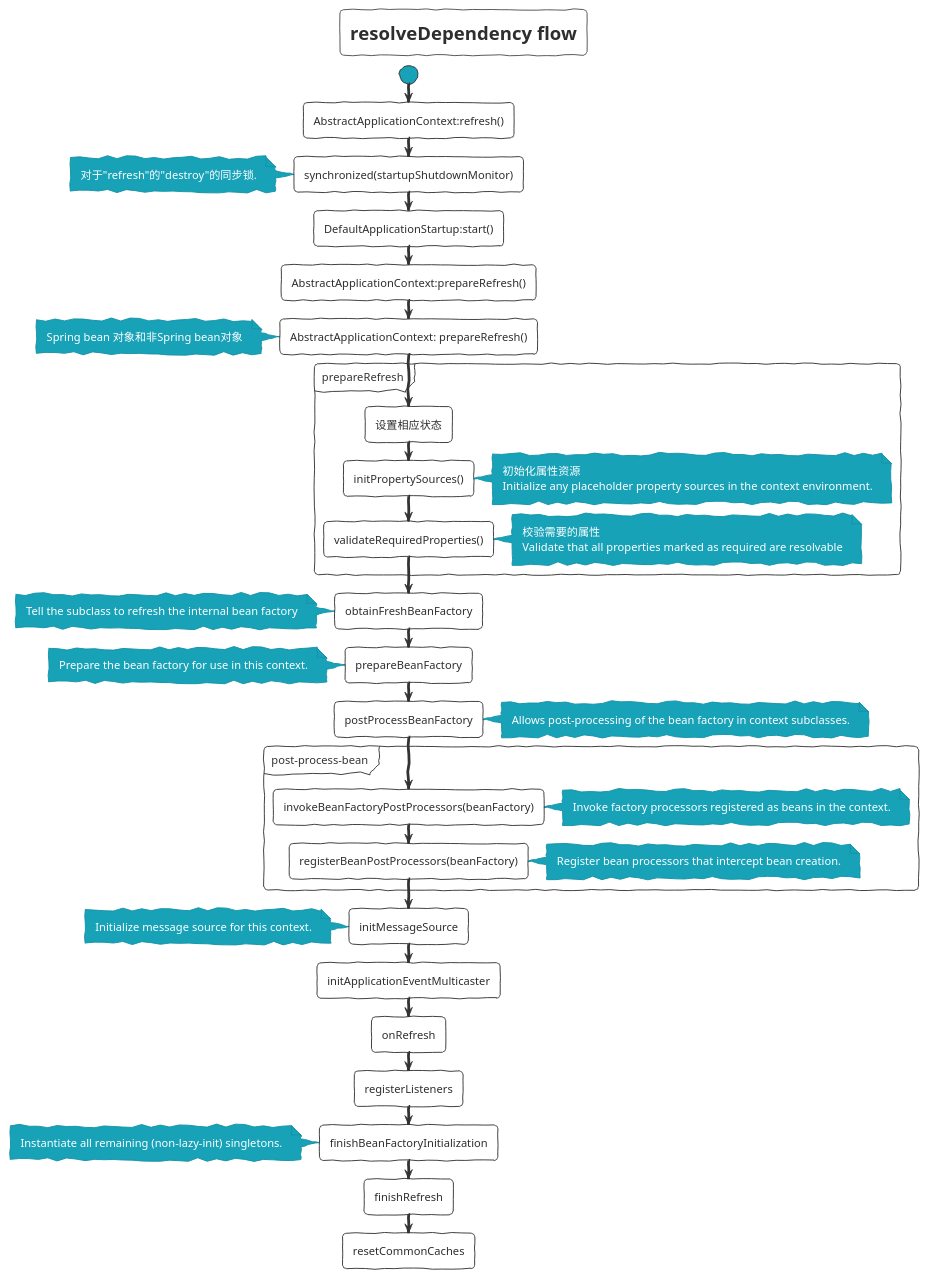
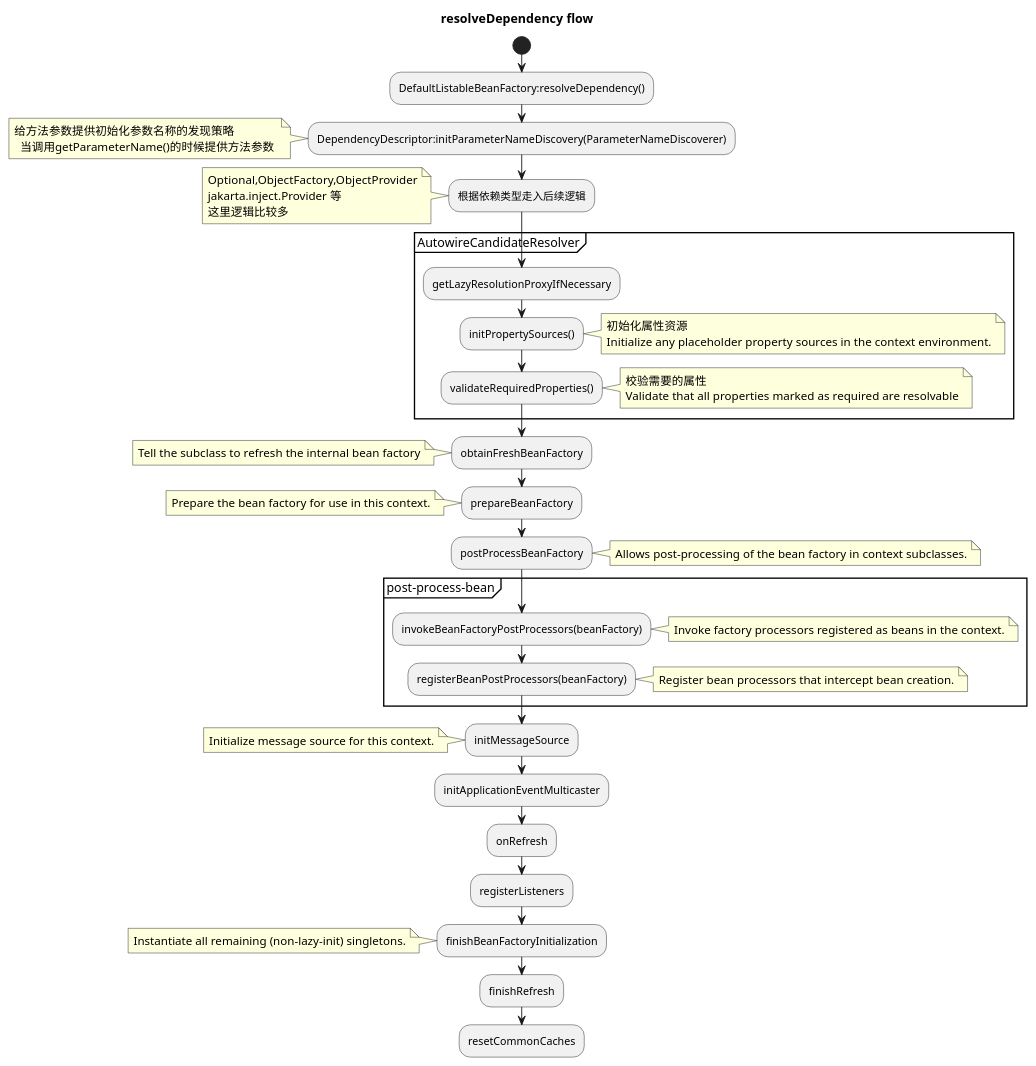
One commit to FantasybabyChange/thinking-in-spring changed the diagram in learn-ioc/doc/pics/resolveDependencyFlow.puml. Above: the diagram before and after it, drawn with PlantUML. The commit also changed 2 other files, not shown here.

```diff
--- a/learn-ioc/doc/pics/resolveDependencyFlow.puml
+++ b/learn-ioc/doc/pics/resolveDependencyFlow.puml
@@ -1,64 +1,65 @@
 @startuml resolveDependencyFlow
 title resolveDependency flow
-!theme sketchy-outline
+' !theme sketchy-outline
 start
-:AbstractApplicationContext:refresh();
-:synchronized(startupShutdownMonitor);
+:DefaultListableBeanFactory:resolveDependency();
+:DependencyDescriptor:initParameterNameDiscovery(ParameterNameDiscoverer);
 note left
-    对于"refresh"的"destroy"的同步锁.
+给方法参数提供初始化参数名称的发现策略
+  当调用getParameterName()的时候提供方法参数 
 end note
-:DefaultApplicationStartup:start();
-:AbstractApplicationContext:prepareRefresh();
-:AbstractApplicationContext: prepareRefresh();
+:根据依赖类型走入后续逻辑;
 note left
-  Spring bean 对象和非Spring bean对象
+   Optional,ObjectFactory,ObjectProvider
+   jakarta.inject.Provider 等
+   这里逻辑比较多 
 end note
-partition prepareRefresh{
-:设置相应状态;
+partition AutowireCandidateResolver{
+:getLazyResolutionProxyIfNecessary;
 :initPropertySources();
 note right
  初始化属性资源
  Initialize any placeholder property sources in the context environment.
 end note
 :validateRequiredProperties();
 note right
  校验需要的属性
  Validate that all properties marked as required are resolvable
 end note
 }
 :obtainFreshBeanFactory;
 note left
 Tell the subclass to refresh the internal bean factory
 end note
 :prepareBeanFactory;
 note left
 Prepare the bean factory for use in this context.
 end note
 :postProcessBeanFactory;
 note right
 Allows post-processing of the bean factory in context subclasses.
 end note
 partition post-process-bean {
 :invokeBeanFactoryPostProcessors(beanFactory);
 note right
 Invoke factory processors registered as beans in the context.
 end note
 :registerBeanPostProcessors(beanFactory);
 note right
 Register bean processors that intercept bean creation.
 end note
 }
 :initMessageSource;
 note left
  Initialize message source for this context.
 end note
 :initApplicationEventMulticaster;
 :onRefresh;
 :registerListeners;
 :finishBeanFactoryInitialization;
 note left 
 Instantiate all remaining (non-lazy-init) singletons.
 end note 
 :finishRefresh;
 :resetCommonCaches;
 @enduml
```
